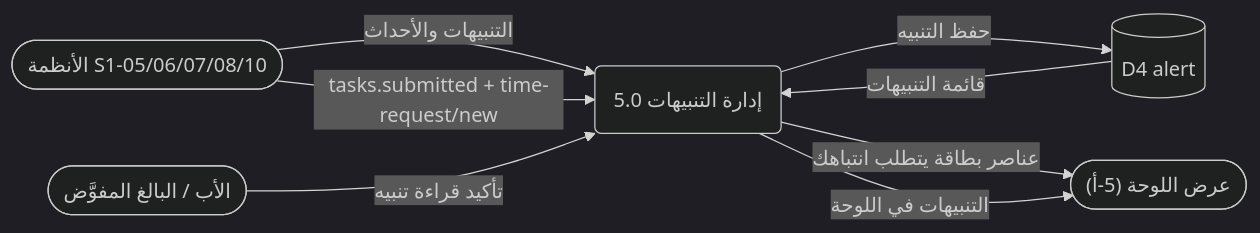
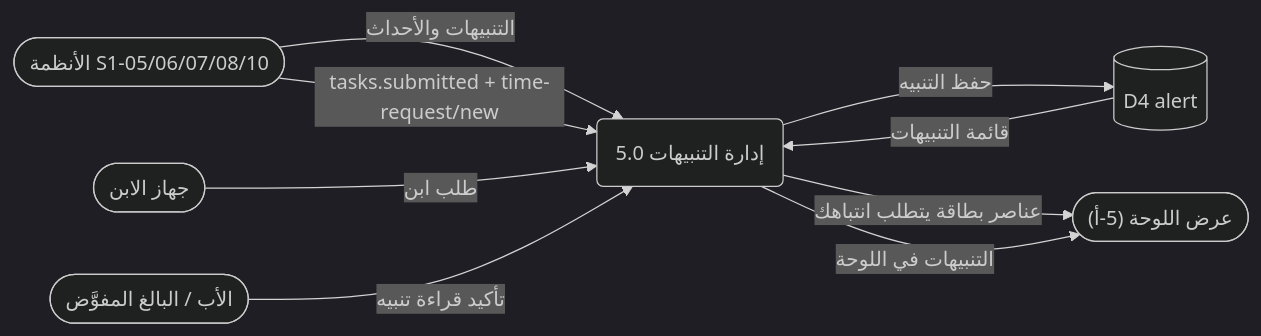
One commit to Bassam-mohammed-alqaeadi/family-os-v2 changed diagram 23 of 34 in docs/family-os/governance/phases/phase-1/S1-09-command-center-and-settings/DIAGRAMS.md. Above: the diagram before and after it, drawn with Mermaid (dark theme). The commit also changed other lines of this file, not shown here.

Commit message:
Q-440: S1-09 — تسلسل طلبات الابن 3-ك وبطاقات الإقران وإزالة الاقتباس

````diff
--- a/docs/family-os/governance/phases/phase-1/S1-09-command-center-and-settings/DIAGRAMS.md
+++ b/docs/family-os/governance/phases/phase-1/S1-09-command-center-and-settings/DIAGRAMS.md
@@ -776,15 +855,17 @@
 ```mermaid
 flowchart LR
     Father([الأب / البالغ المفوَّض])
     Systems([الأنظمة S1-05/06/07/08/10])
+    ChildDev([جهاز الابن])
     P5(5.0 إدارة التنبيهات)
     D4[(D4 alert)]
     P1x(["عرض اللوحة (5-أ)"])
     Systems -->|التنبيهات والأحداث| P5
     Systems -->|tasks.submitted + time-request/new| P5
+    ChildDev -->|طلب ابن| P5
     P5 -->|حفظ التنبيه| D4
     D4 -->|قائمة التنبيهات| P5
     Father -->|تأكيد قراءة تنبيه| P5
     P5 -->|عناصر بطاقة يتطلب انتباهك| P1x
     P5 -->|التنبيهات في اللوحة| P1x
 ```
````
